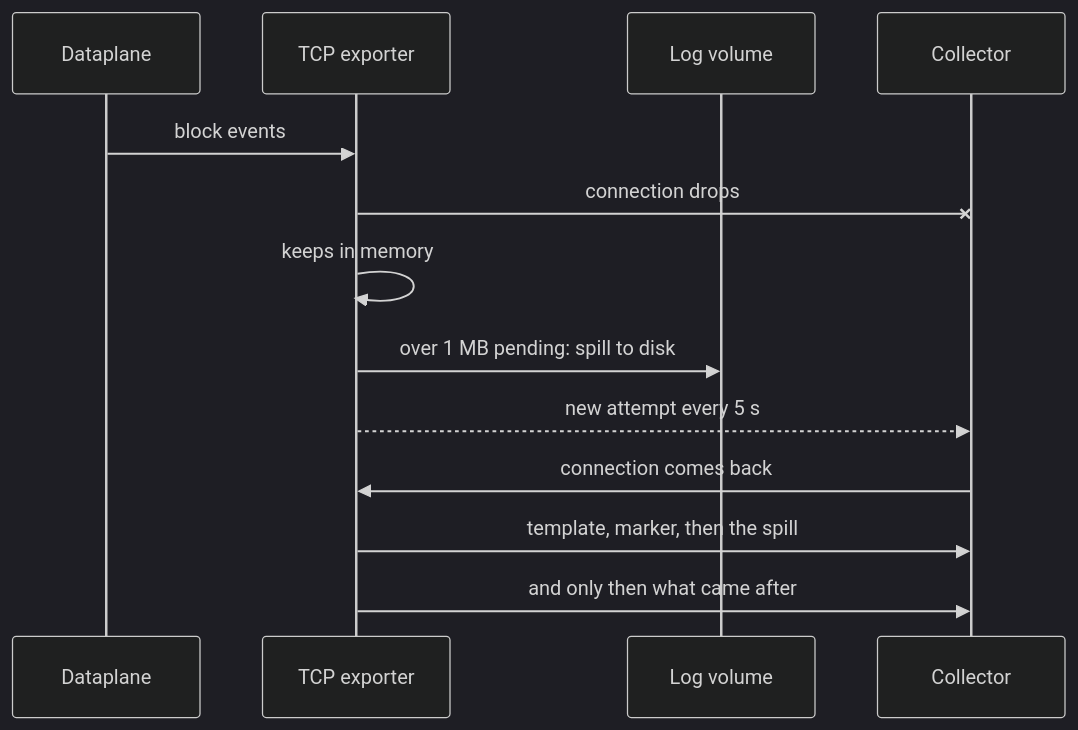
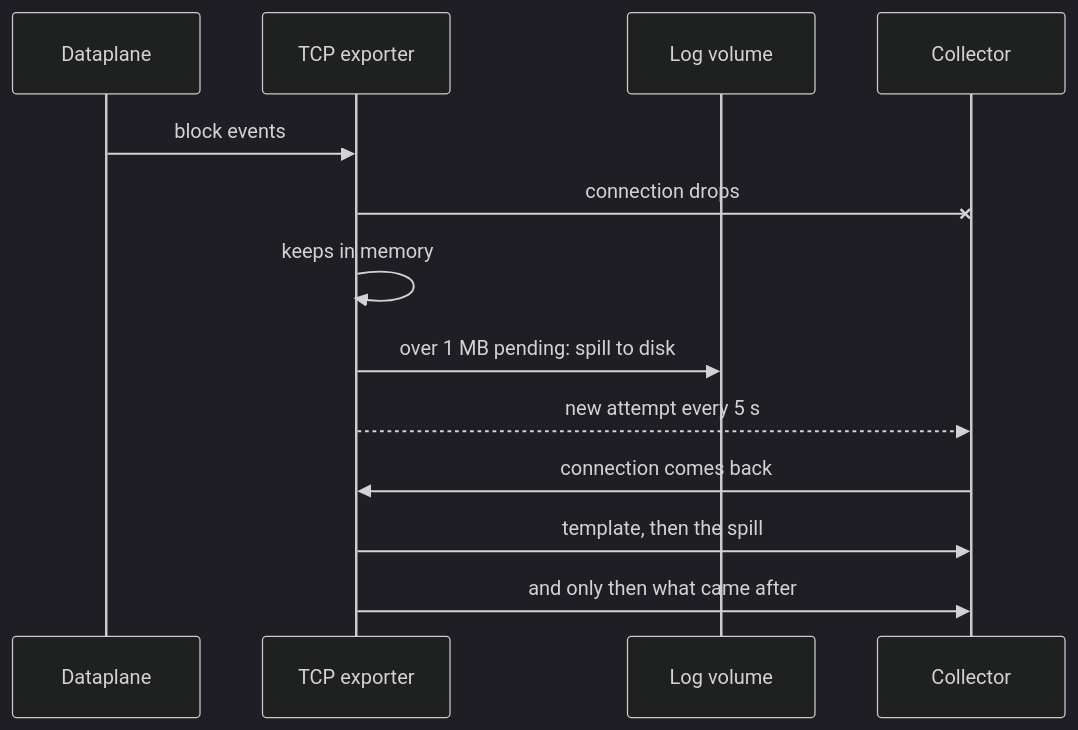
The third of 3 diagrams in wiki/operate/where-the-records-go-collector-transport-and-retention.md (andrediashexa/prismarouting), drawn with Mermaid (dark theme) before and after one commit. The commit also changed other lines of this file and 101 other files, not shown here.

````diff
--- a/wiki/operate/where-the-records-go-collector-transport-and-retention.md
+++ b/wiki/operate/where-the-records-go-collector-transport-and-retention.md
@@ -82,15 +83,15 @@
 ```mermaid
 sequenceDiagram
     participant D as Dataplane
     participant E as TCP exporter
     participant V as Log volume
     participant C as Collector
     D->>E: block events
     E-xC: connection drops
     E->>E: keeps in memory
     E->>V: over 1 MB pending: spill to disk
     E-->>C: new attempt every 5 s
     C->>E: connection comes back
-    E->>C: template, marker, then the spill
+    E->>C: template, then the spill
     E->>C: and only then what came after
 ```
````
